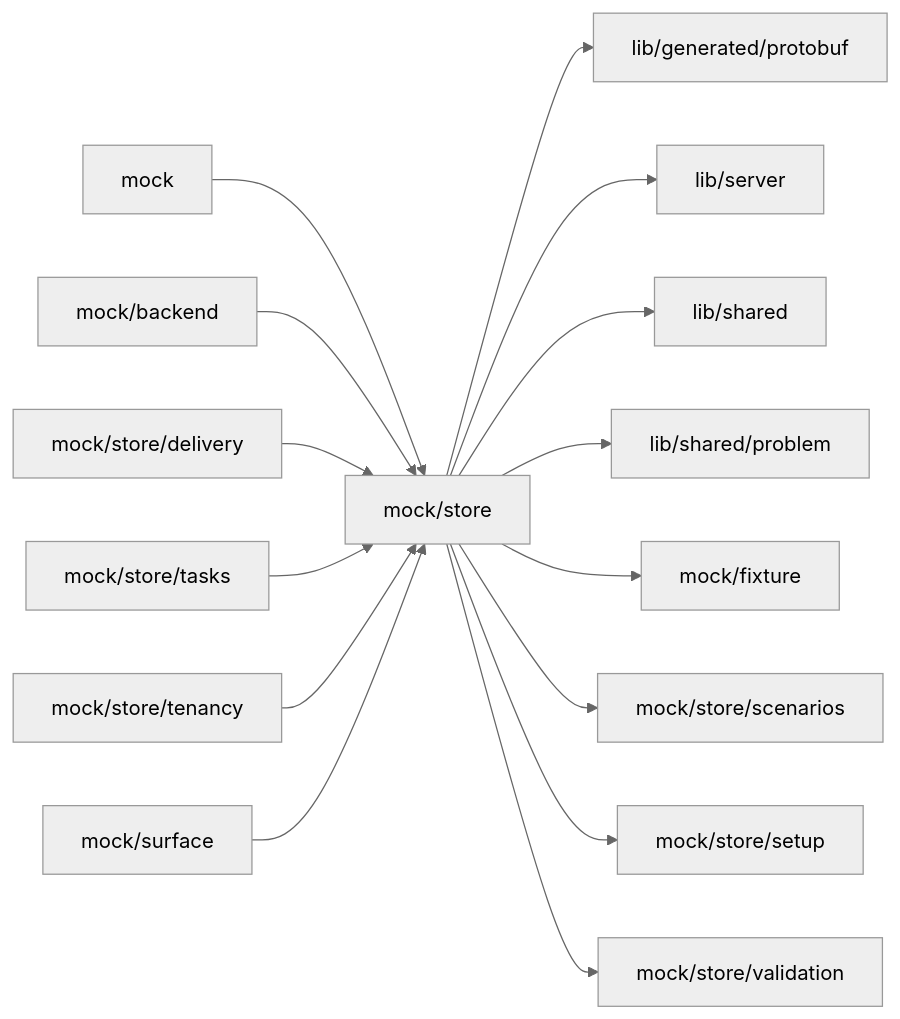
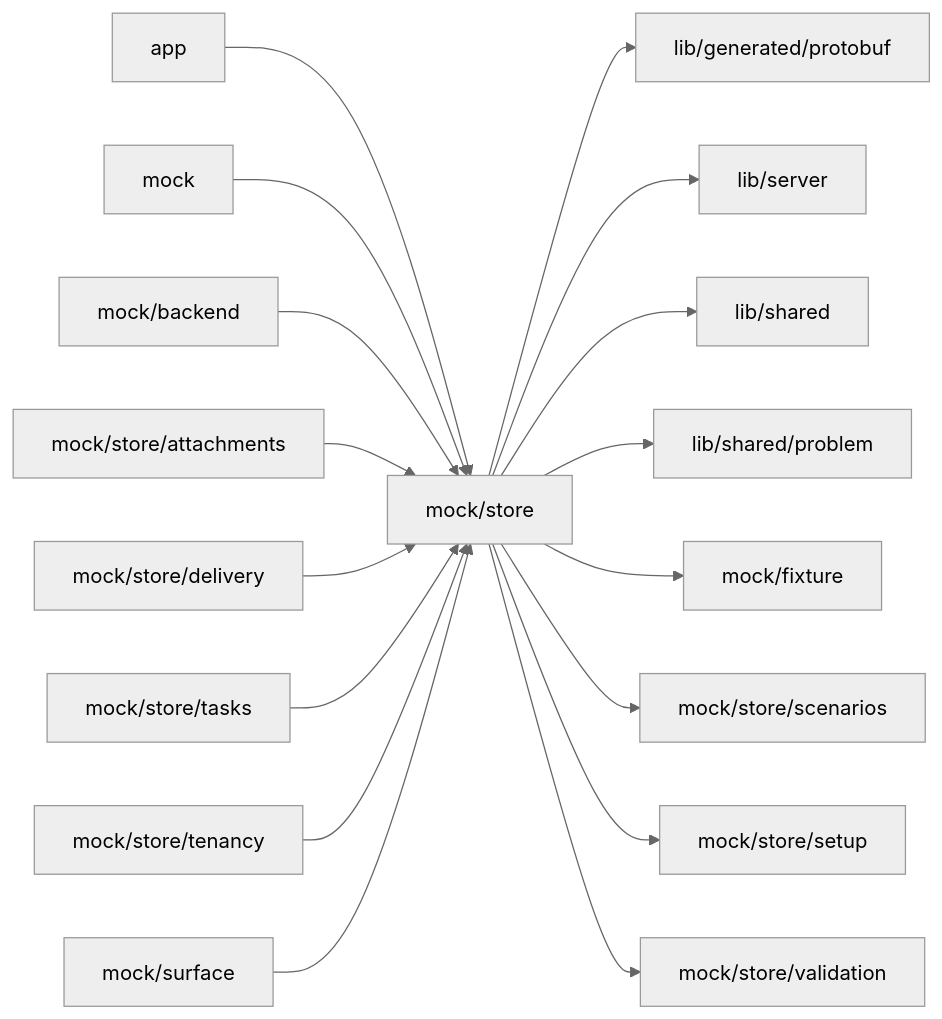
Before and after one commit to superdurable/superverse: the diagram in web/studio/mock/store/README.md, drawn with Mermaid (neutral theme). The commit also changed other lines of this file and 259 other files, not shown here.

````diff
--- a/web/studio/mock/store/README.md
+++ b/web/studio/mock/store/README.md
@@ -10,18 +10,20 @@
 ```mermaid
 flowchart LR
   self["mock/store"]
-  c0["mock"] --> self
-  c1["mock/backend"] --> self
-  c2["mock/store/delivery"] --> self
-  c3["mock/store/tasks"] --> self
-  c4["mock/store/tenancy"] --> self
-  c5["mock/surface"] --> self
+  c0["app"] --> self
+  c1["mock"] --> self
+  c2["mock/backend"] --> self
+  c3["mock/store/attachments"] --> self
+  c4["mock/store/delivery"] --> self
+  c5["mock/store/tasks"] --> self
+  c6["mock/store/tenancy"] --> self
+  c7["mock/surface"] --> self
   self --> d0["lib/generated/protobuf"]
   self --> d1["lib/server"]
   self --> d2["lib/shared"]
   self --> d3["lib/shared/problem"]
   self --> d4["mock/fixture"]
   self --> d5["mock/store/scenarios"]
   self --> d6["mock/store/setup"]
   self --> d7["mock/store/validation"]
 ```
````
